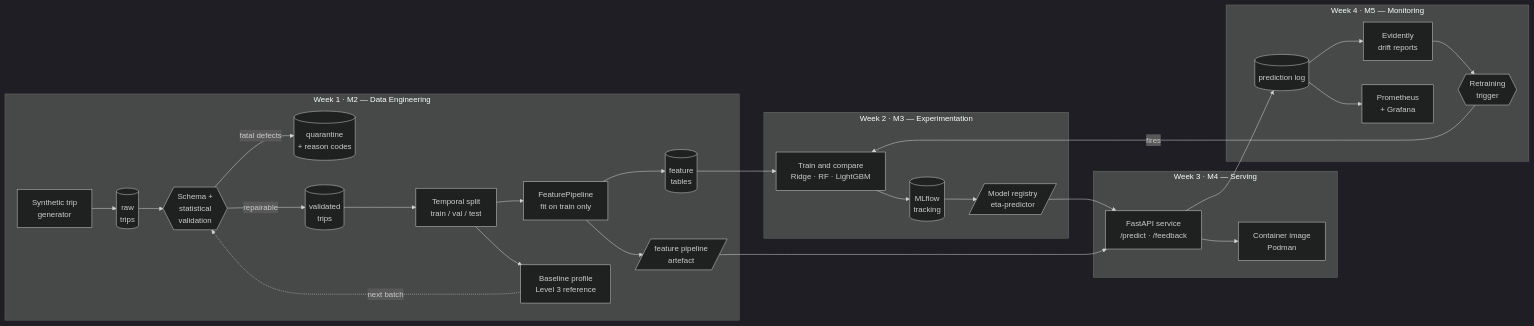
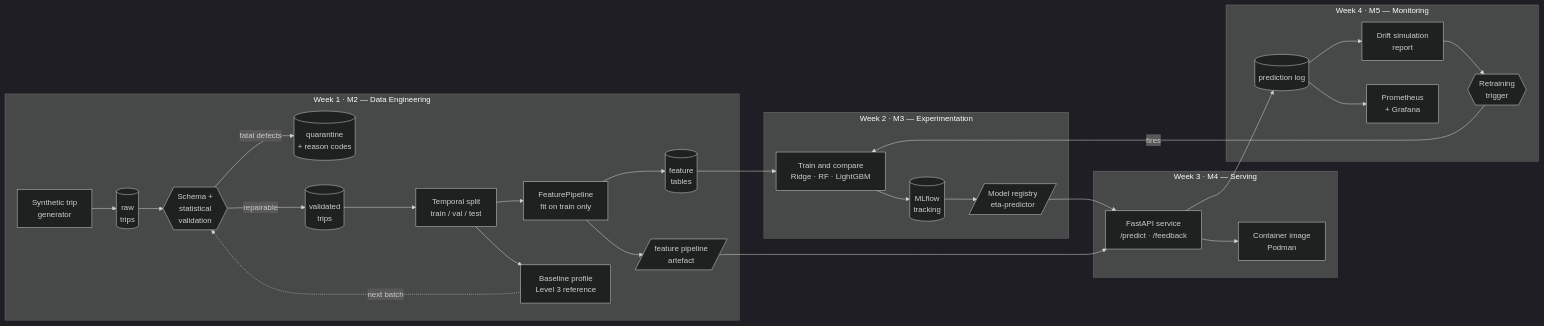
One commit to 2025paml518-coder/ETA-Prediction-ML-Pipeline changed the diagram in README.md. Above: the diagram before and after it, drawn with Mermaid (dark theme). The commit also changed other lines of this file and 20 other files, not shown here.

First line of the commit message:
implement drift simulation and retraining decision logic

````diff
--- a/README.md
+++ b/README.md
@@ -22,35 +22,35 @@
 ```mermaid
 flowchart LR
     subgraph W1["Week 1 · M2 — Data Engineering"]
         GEN[Synthetic trip<br/>generator] --> RAW[(raw<br/>trips)]
         RAW --> VAL{{Schema +<br/>statistical<br/>validation}}
         VAL -->|fatal defects| QUAR[(quarantine<br/>+ reason codes)]
         VAL -->|repairable| CLEAN[(validated<br/>trips)]
         CLEAN --> SPLIT[Temporal split<br/>train / val / test]
         SPLIT --> FEAT[FeaturePipeline<br/>fit on train only]
         SPLIT --> PROF[Baseline profile<br/>Level 3 reference]
         PROF -.->|next batch| VAL
         FEAT --> PROC[(feature<br/>tables)]
         FEAT --> FART[/feature pipeline<br/>artefact/]
     end
 
     subgraph W2["Week 2 · M3 — Experimentation"]
         PROC --> TRAIN[Train and compare<br/>Ridge · RF · LightGBM]
         TRAIN --> MLF[(MLflow<br/>tracking)]
         MLF --> REG[/Model registry<br/>eta-predictor/]
     end
 
     subgraph W3["Week 3 · M4 — Serving"]
         REG --> API[FastAPI service<br/>/predict · /feedback]
         FART --> API
         API --> CONT[Container image<br/>Podman]
     end
 
     subgraph W4["Week 4 · M5 — Monitoring"]
         API --> PLOG[(prediction log)]
-        PLOG --> DRIFT[Evidently<br/>drift reports]
+        PLOG --> DRIFT[Drift simulation<br/>report]
         PLOG --> PROM[Prometheus<br/>+ Grafana]
         DRIFT --> TRIG{{Retraining<br/>trigger}}
         TRIG -->|fires| TRAIN
     end
 ```
````
